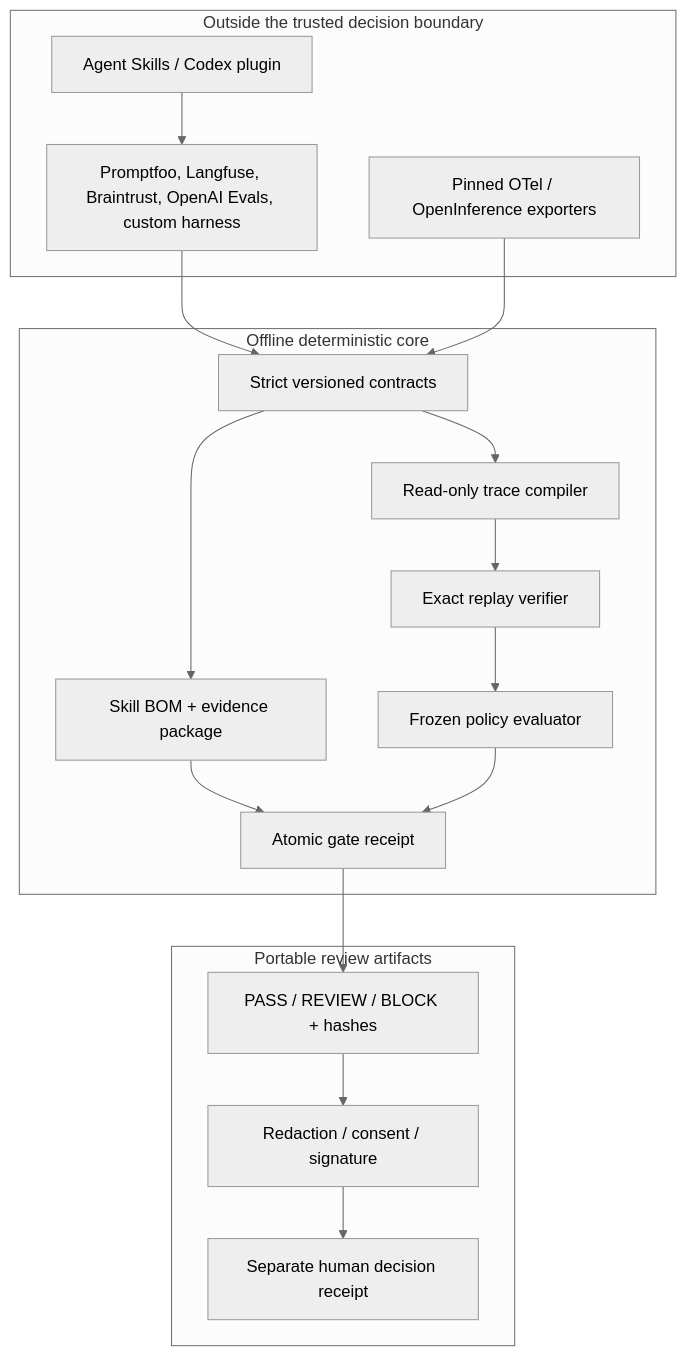
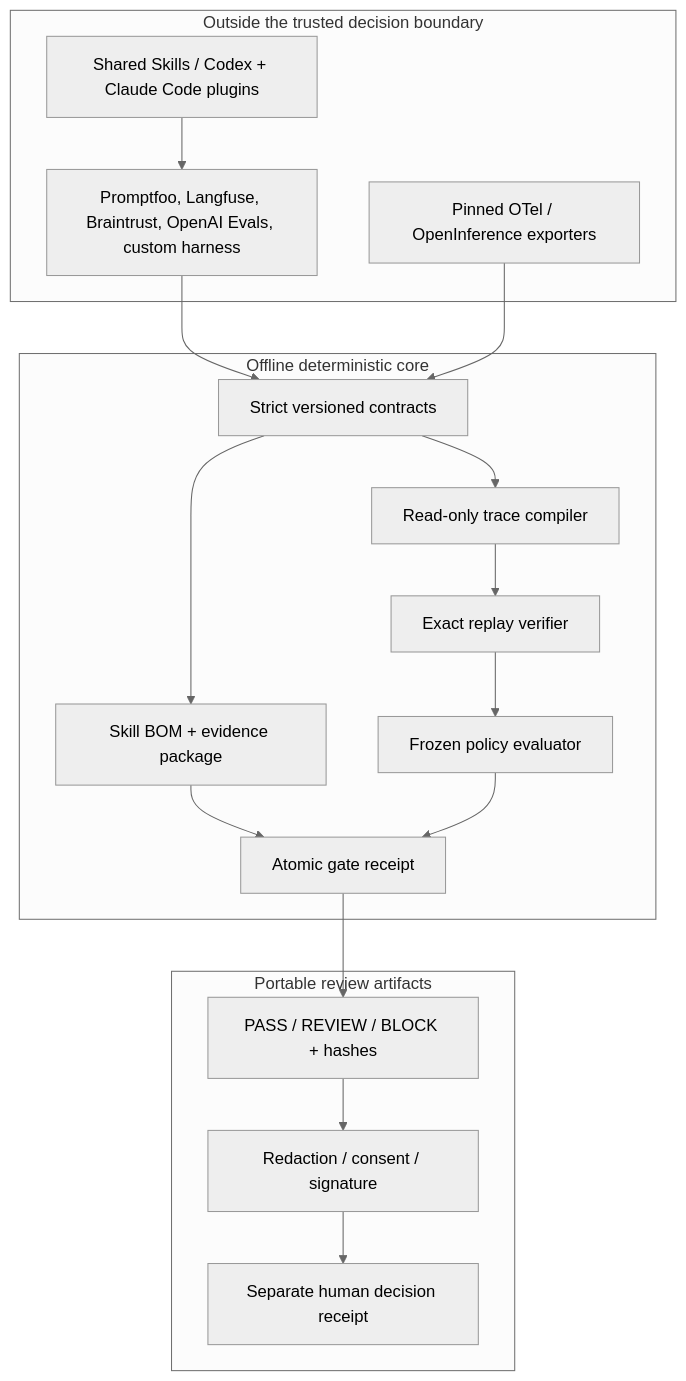
The second of 2 diagrams in README.md (kingggg5/awe-tracegate), drawn with Mermaid (neutral theme) before and after one commit. The commit also changed other lines of this file and 22 other files, not shown here.

Commit message:
feat: add Claude Code plugin distribution

````diff
--- a/README.md
+++ b/README.md
@@ -158,30 +181,30 @@
 ```mermaid
 flowchart TB
     subgraph Outside["Outside the trusted decision boundary"]
-        Plugin["Agent Skills / Codex plugin"]
+        Plugin["Shared Skills / Codex + Claude Code plugins"]
         Harness["Promptfoo, Langfuse, Braintrust, OpenAI Evals, custom harness"]
         OTel["Pinned OTel / OpenInference exporters"]
     end
 
     subgraph Core["Offline deterministic core"]
         Contracts["Strict versioned contracts"]
         BOM["Skill BOM + evidence package"]
         Compiler["Read-only trace compiler"]
         Replay["Exact replay verifier"]
         Evaluator["Frozen policy evaluator"]
         Gate["Atomic gate receipt"]
     end
 
     subgraph Outputs["Portable review artifacts"]
         Receipt["PASS / REVIEW / BLOCK + hashes"]
         Share["Redaction / consent / signature"]
         Human["Separate human decision receipt"]
     end
 
     Plugin --> Harness
     Harness --> Contracts
     OTel --> Contracts
     Contracts --> BOM --> Gate
     Contracts --> Compiler --> Replay --> Evaluator --> Gate
     Gate --> Receipt --> Share --> Human
 ```
````
